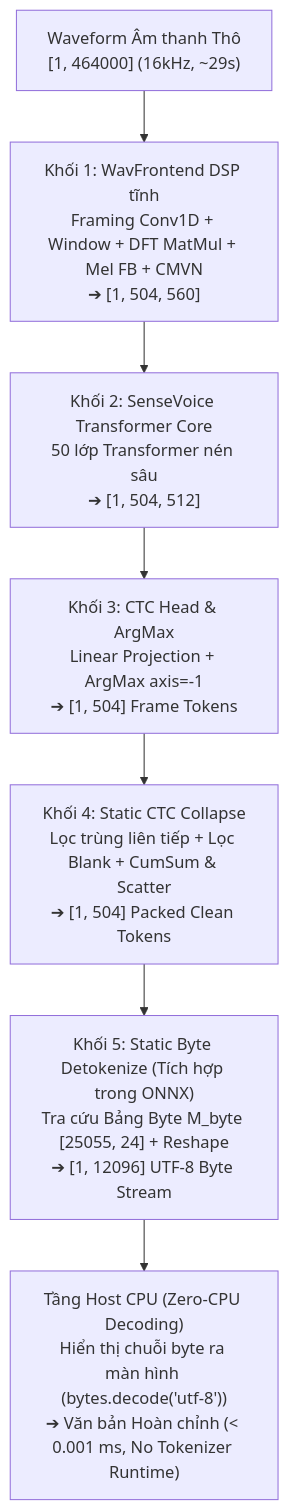
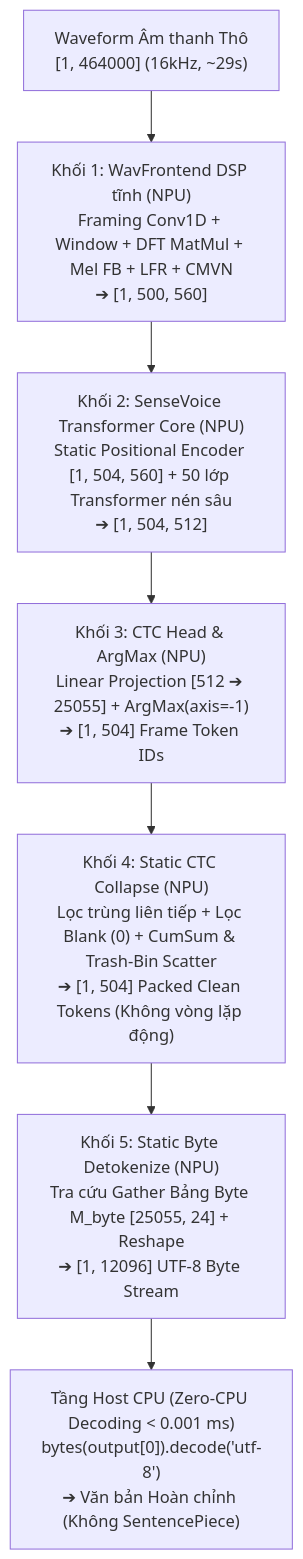
One commit to LGKAI/AuraTranslateEdge-OneVoice changed the diagram in src/step1_asr/step4_sensevoice.md. Above: the diagram before and after it, drawn with Mermaid. The commit also changed other lines of this file and 17 other files, not shown here.

Commit message:
feat(step1_asr): hoan thien pipeline Qualcomm AI Hub SenseVoice E2E W8A16 va cap nhat bao cao thuc nghiem

````diff
--- a/src/step1_asr/step4_sensevoice.md
+++ b/src/step1_asr/step4_sensevoice.md
@@ -13,9 +24,9 @@
 ```mermaid
 flowchart TD
-    A["Waveform Âm thanh Thô<br/>[1, 464000] (16kHz, ~29s)"] --> B["Khối 1: WavFrontend DSP tĩnh<br/>Framing Conv1D + Window + DFT MatMul + Mel FB + CMVN<br/>➔ [1, 504, 560]"]
-    B --> C["Khối 2: SenseVoice Transformer Core<br/>50 lớp Transformer nén sâu<br/>➔ [1, 504, 512]"]
-    C --> D["Khối 3: CTC Head & ArgMax<br/>Linear Projection + ArgMax axis=-1<br/>➔ [1, 504] Frame Tokens"]
-    D --> E["Khối 4: Static CTC Collapse<br/>Lọc trùng liên tiếp + Lọc Blank + CumSum & Scatter<br/>➔ [1, 504] Packed Clean Tokens"]
-    E --> F["Khối 5: Static Byte Detokenize (Tích hợp trong ONNX)<br/>Tra cứu Bảng Byte M_byte [25055, 24] + Reshape<br/>➔ [1, 12096] UTF-8 Byte Stream"]
-    F --> G["Tầng Host CPU (Zero-CPU Decoding)<br/>Hiển thị chuỗi byte ra màn hình (bytes.decode('utf-8'))<br/>➔ Văn bản Hoàn chỉnh (< 0.001 ms, No Tokenizer Runtime)"]
+    A["Waveform Âm thanh Thô<br/>[1, 464000] (16kHz, ~29s)"] --> B["Khối 1: WavFrontend DSP tĩnh (NPU)<br/>Framing Conv1D + Window + DFT MatMul + Mel FB + LFR + CMVN<br/>➔ [1, 500, 560]"]
+    B --> C["Khối 2: SenseVoice Transformer Core (NPU)<br/>Static Positional Encoder [1, 504, 560] + 50 lớp Transformer nén sâu<br/>➔ [1, 504, 512]"]
+    C --> D["Khối 3: CTC Head & ArgMax (NPU)<br/>Linear Projection [512 ➔ 25055] + ArgMax(axis=-1)<br/>➔ [1, 504] Frame Token IDs"]
+    D --> E["Khối 4: Static CTC Collapse (NPU)<br/>Lọc trùng liên tiếp + Lọc Blank (0) + CumSum & Trash-Bin Scatter<br/>➔ [1, 504] Packed Clean Tokens (Không vòng lặp động)"]
+    E --> F["Khối 5: Static Byte Detokenize (NPU)<br/>Tra cứu Gather Bảng Byte M_byte [25055, 24] + Reshape<br/>➔ [1, 12096] UTF-8 Byte Stream"]
+    F --> G["Tầng Host CPU (Zero-CPU Decoding &lt; 0.001 ms)<br/>bytes(output[0]).decode('utf-8')<br/>➔ Văn bản Hoàn chỉnh (Không SentencePiece)"]
 ```
````
